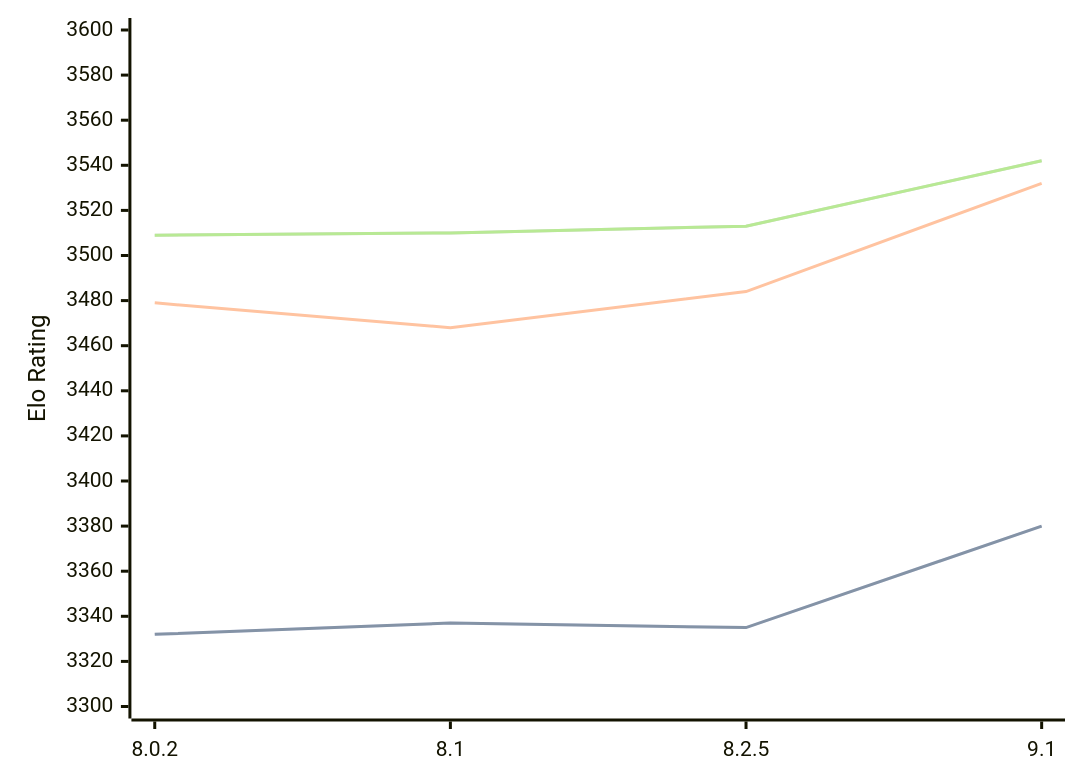
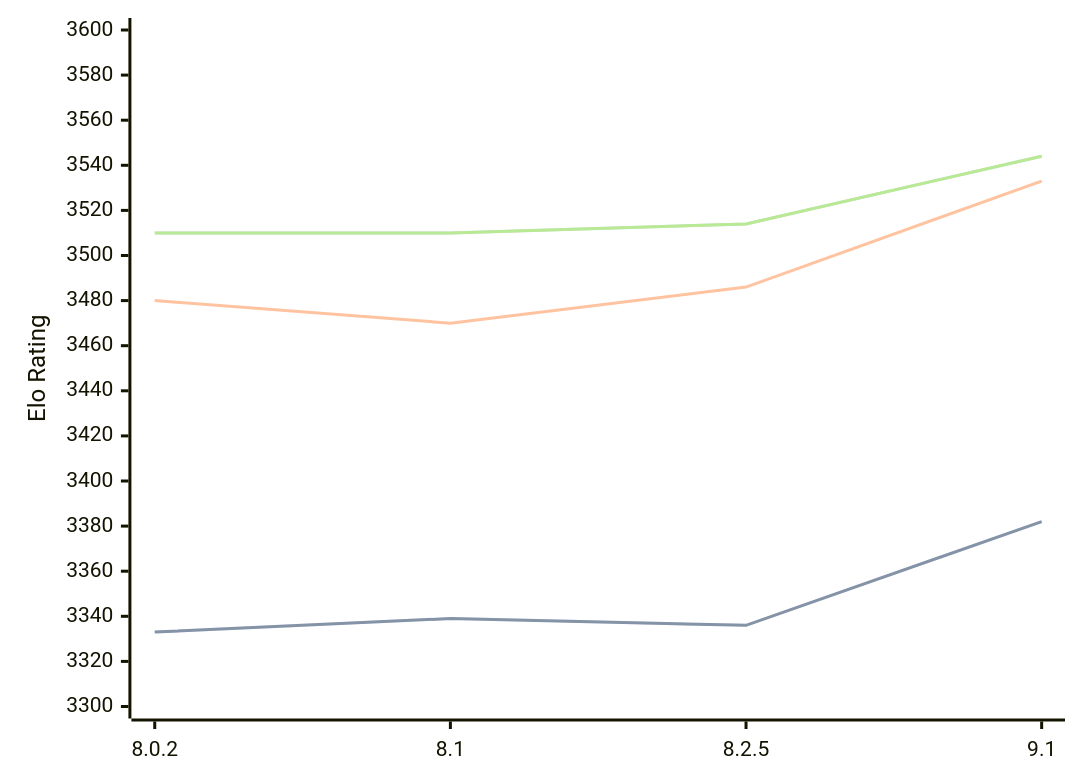
Before and after one commit to computer-chess-index/cci: the diagram in engines/Clover.md, drawn with Mermaid. The commit also changed other lines of this file, not shown here.

Commit message:
Update CCI Ratings (ELO VLTC) - 2026-08-21

````diff
--- a/engines/Clover.md
+++ b/engines/Clover.md
@@ -35,11 +35,11 @@
 ```mermaid
 %%{init: {"theme":"base","themeVariables":{"seriesColors:['#a3a3a3','#222221','#faa371']}}}%%
 xychart-beta
   x-axis ["8.0.2", "8.1", "8.2.5", "9.1"]
   y-axis "Elo Rating" 3300 --> 3600
-  line "STC (8.0+0.08s)" [3332, 3337, 3335, 3380]
-  line "STC (8.0+0.08s)" [3332, 3337, 3335, 3380]
-  line "LTC (60.0+0.60s)" [3479, 3468, 3484, 3532]
-  line "VLTC (2m24s+1.12s)" [3509, 3510, 3513, 3542]
-  line "VLTC (2m24s+1.12s)" [3509, 3510, 3513, 3542]
+  line "STC (8.0+0.08s)" [3333, 3339, 3336, 3382]
+  line "STC (8.0+0.08s)" [3333, 3339, 3336, 3382]
+  line "LTC (60.0+0.60s)" [3480, 3470, 3486, 3533]
+  line "VLTC (2m24s+1.12s)" [3510, 3510, 3514, 3544]
+  line "VLTC (2m24s+1.12s)" [3510, 3510, 3514, 3544]
 ```
````
